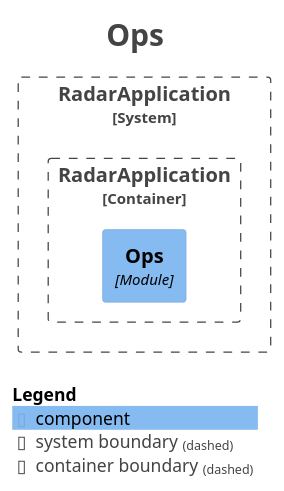
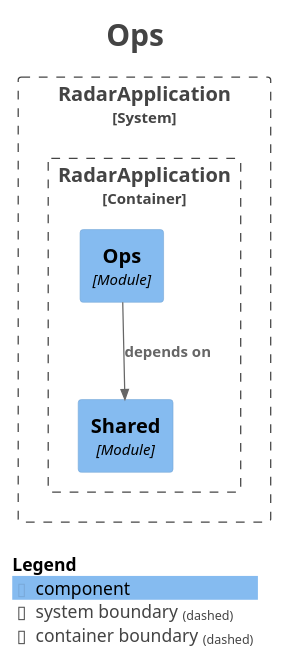
One commit to MiguelSanzBr/radar-licitacoes changed the diagram in docs/modules/module-ops.puml. Above: the diagram before and after it, drawn with PlantUML. The commit also changed 65 other files, not shown here.

Commit message:
feat(contracts): avro schemas and apicurio

```diff
--- a/docs/modules/module-ops.puml
+++ b/docs/modules/module-ops.puml
@@ -1,27 +1,30 @@
 @startuml
 title <size:24>Ops</size>
 
 set separator none
 top to bottom direction
 
 <style>
   root {
     BackgroundColor: #ffffff
     FontColor: #444444
   }
 </style>
 
 !include <C4/C4>
 !include <C4/C4_Context>
 !include <C4/C4_Component>
 
 System_Boundary("RadarApplication_boundary", "RadarApplication", $tags="") {
   Container_Boundary("RadarApplication.RadarApplication_boundary", "RadarApplication", $tags="") {
+    Component(RadarApplication.RadarApplication.Shared, "Shared", $techn="Module", $descr="", $tags="", $link="")
     Component(RadarApplication.RadarApplication.Ops, "Ops", $techn="Module", $descr="", $tags="", $link="")
   }
 
 }
 
+Rel(RadarApplication.RadarApplication.Ops, RadarApplication.RadarApplication.Shared, "depends on", $techn="", $tags="", $link="")
+
 SHOW_LEGEND(true)
 hide stereotypes
 @enduml
```
